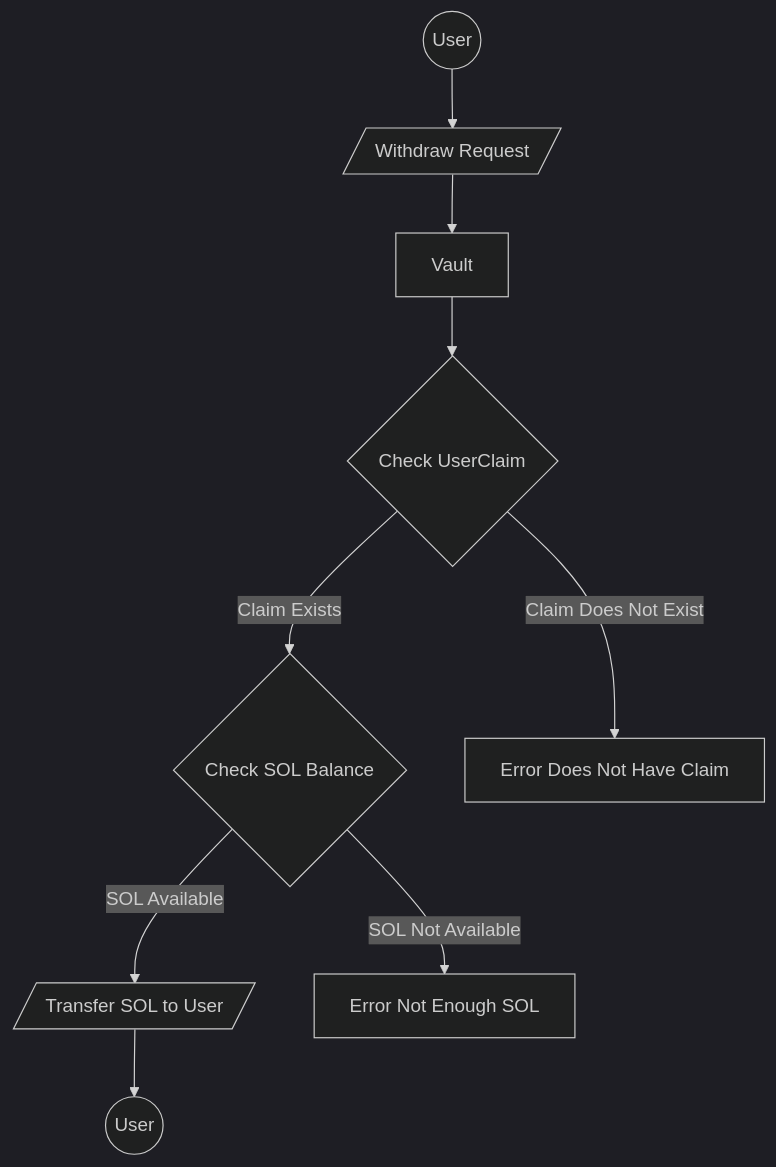
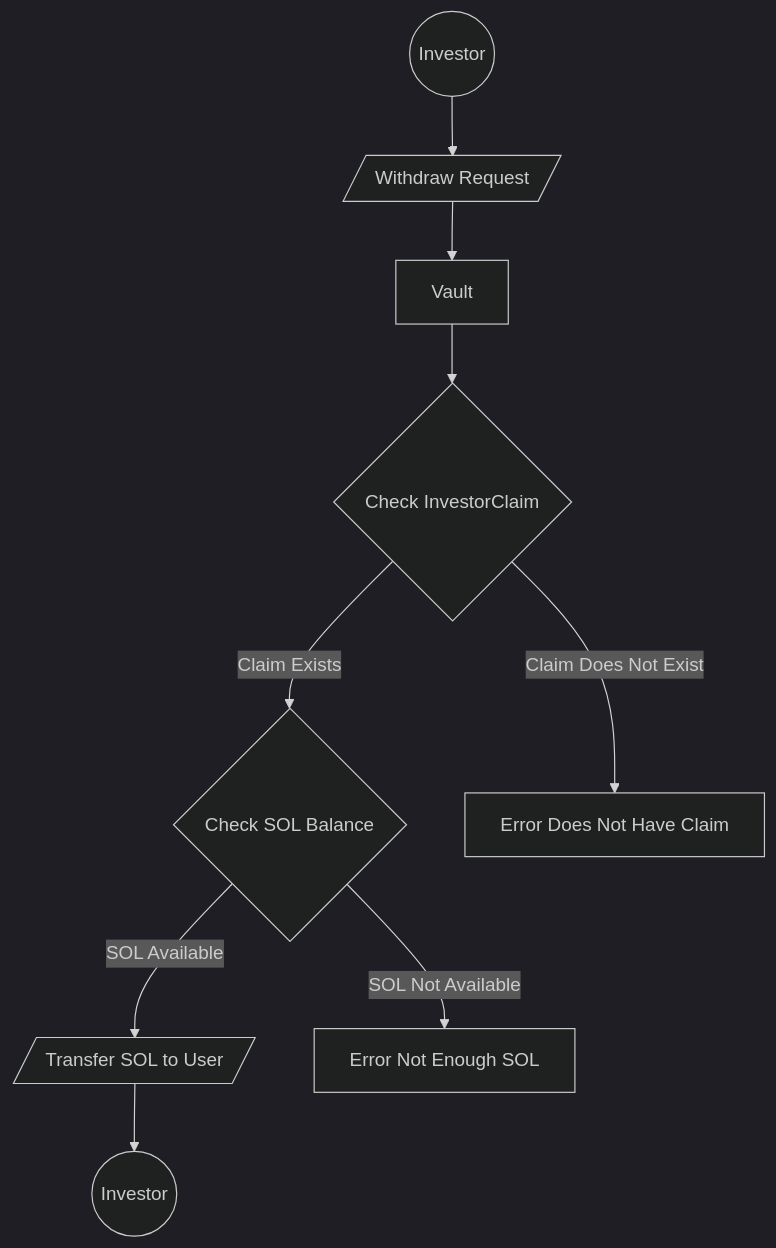
The sixth of 8 diagrams in docs/Architecture.md (n3m6/Q2_25_Builder_Faraz), drawn with Mermaid (dark theme) before and after one commit. The commit also changed other lines of this file, not shown here.

````diff
--- a/docs/Architecture.md
+++ b/docs/Architecture.md
@@ -97,12 +147,11 @@
 ```mermaid
 flowchart TD
-    A((User)) --> B[/Withdraw Request/]
+    A((Investor)) --> B[/Withdraw Request/]
     B --> C[Vault]
-    C --> D{Check UserClaim}
+    C --> D{Check InvestorClaim}
     D -->|Claim Exists| E{Check SOL Balance}
     D -->|Claim Does Not Exist| F[Error Does Not Have Claim]
     E -->|SOL Available| G[/Transfer SOL to User/]
     E -->|SOL Not Available| H[Error Not Enough SOL]
-    G --> I((User))
-    
+    G --> I((Investor))
 ```
````
